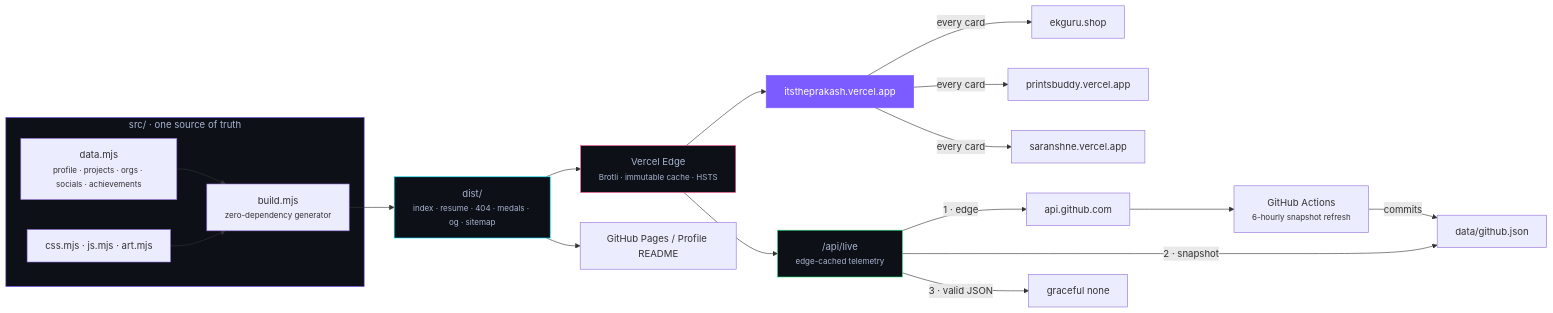
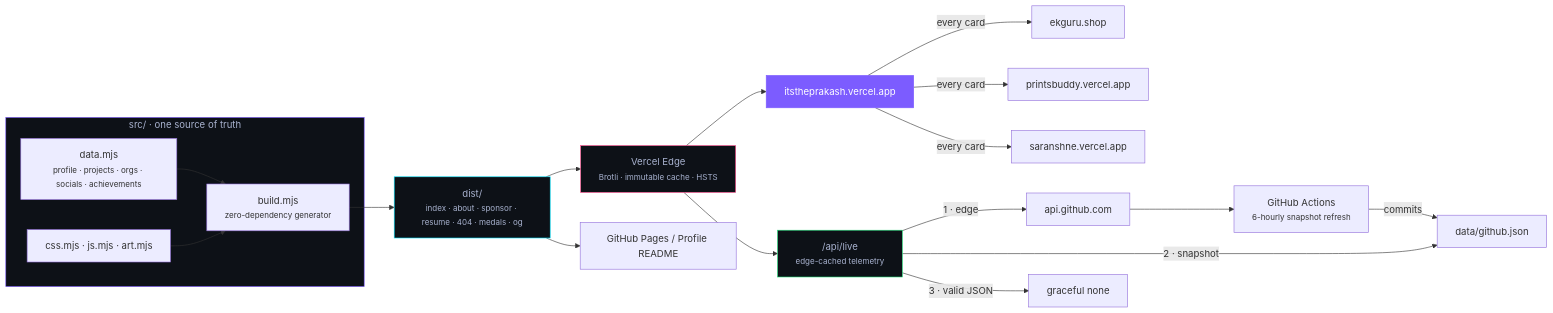
One commit to itsThePrakash/itsThePrakash changed the diagram in README.md. Above: the diagram before and after it, drawn with Mermaid. The commit also changed other lines of this file and 10 other files, not shown here.

````diff
--- a/README.md
+++ b/README.md
@@ -300,35 +307,35 @@
 ```mermaid
 graph LR
     subgraph SOURCE["src/ · one source of truth"]
         D["data.mjs<br/><small>profile · projects · orgs · socials · achievements</small>"]
         C["css.mjs · js.mjs · art.mjs"]
         B["build.mjs<br/><small>zero-dependency generator</small>"]
         D --> B
         C --> B
     end
 
-    B --> OUT["dist/<br/><small>index · resume · 404 · medals · og · sitemap</small>"]
+    B --> OUT["dist/<br/><small>index · about · sponsor · resume · 404 · medals · og</small>"]
 
     OUT --> V["Vercel Edge<br/><small>Brotli · immutable cache · HSTS</small>"]
     OUT --> GH["GitHub Pages / Profile README"]
 
     V --> LIVE["itstheprakash.vercel.app"]
     V --> API["/api/live<br/><small>edge-cached telemetry</small>"]
 
     API -->|"1 · edge"| GHREST["api.github.com"]
     API -->|"2 · snapshot"| SNAP["data/github.json"]
     API -->|"3 · valid JSON"| NONE["graceful none"]
 
     GHREST --> WF["GitHub Actions<br/><small>6-hourly snapshot refresh</small>"]
     WF -->|commits| SNAP
 
     LIVE -->|"every card"| P1["ekguru.shop"]
     LIVE -->|"every card"| P2["printsbuddy.vercel.app"]
     LIVE -->|"every card"| P3["saranshne.vercel.app"]
 
     style SOURCE fill:#0d1117,stroke:#7c5cff,color:#a8b2cf
     style OUT fill:#0d1117,stroke:#00e5ff,color:#a8b2cf
     style V fill:#0d1117,stroke:#ff4d8d,color:#a8b2cf
     style LIVE fill:#7c5cff,stroke:#7c5cff,color:#ffffff
     style API fill:#0d1117,stroke:#22e07a,color:#a8b2cf
 ```
````
